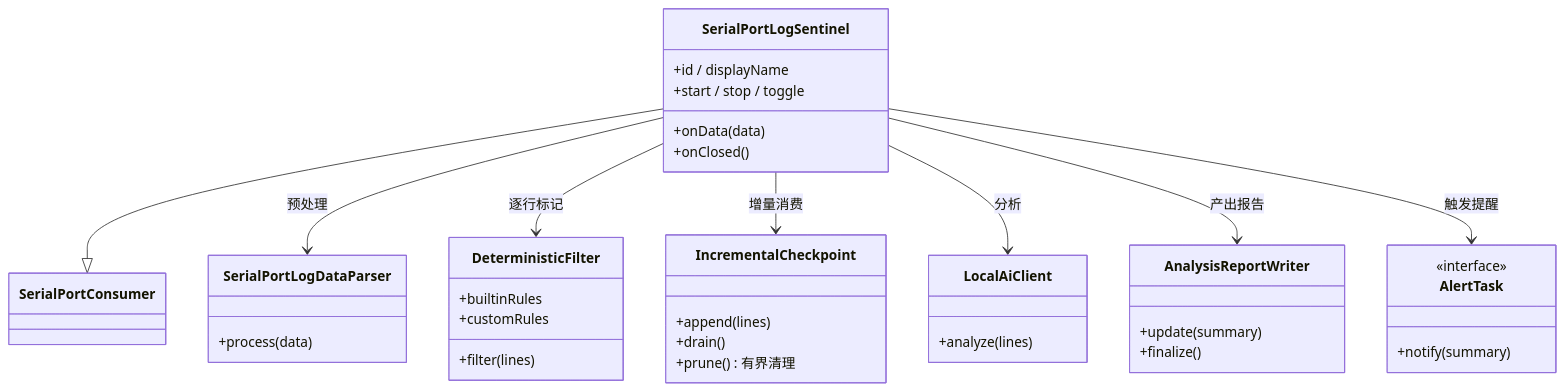
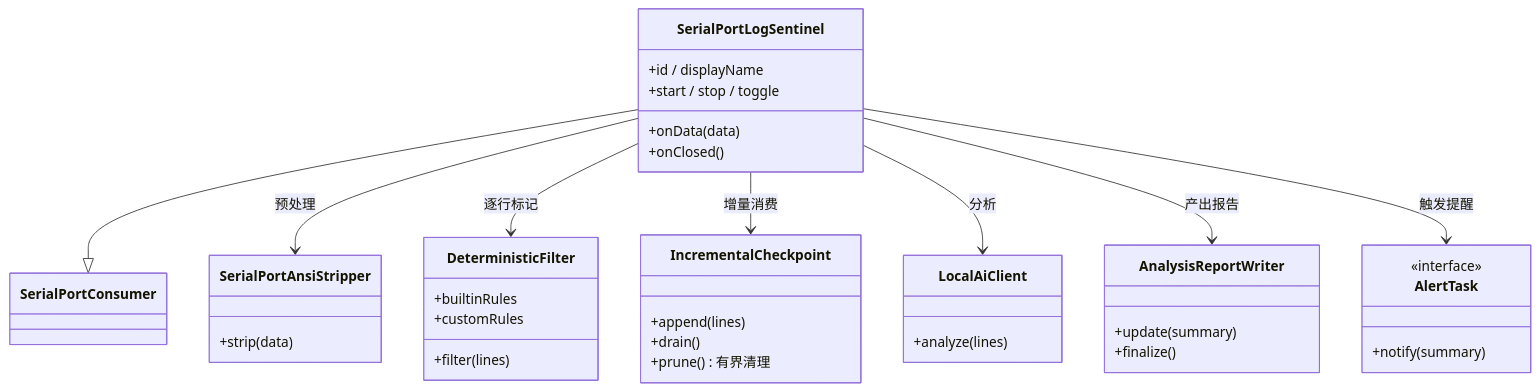
The second of 2 diagrams in doc/SerialPortLogSentinel规划.md (ziqiang-zhu/vscode-serial-port-terminal), drawn with Mermaid before and after one commit. The commit also changed other lines of this file and 15 other files, not shown here.

````diff
--- a/doc/SerialPortLogSentinel规划.md
+++ b/doc/SerialPortLogSentinel规划.md
@@ -135,40 +135,40 @@
 ```mermaid
 classDiagram
     class SerialPortLogSentinel {
         +id / displayName
         +onData(data)
         +onClosed()
         +start / stop / toggle
     }
-    class SerialPortLogDataParser {
-        +process(data)
+    class SerialPortAnsiStripper {
+        +strip(data)
     }
     class DeterministicFilter {
         +builtinRules
         +customRules
         +filter(lines)
     }
     class IncrementalCheckpoint {
         +append(lines)
         +drain()
         +prune() 有界清理
     }
     class LocalAiClient {
         +analyze(lines)
     }
     class AnalysisReportWriter {
         +update(summary)
         +finalize()
     }
     class AlertTask {
         <<interface>>
         +notify(summary)
     }
     SerialPortLogSentinel --|> SerialPortConsumer
-    SerialPortLogSentinel --> SerialPortLogDataParser : 预处理
+    SerialPortLogSentinel --> SerialPortAnsiStripper : 预处理
     SerialPortLogSentinel --> DeterministicFilter : 逐行标记
     SerialPortLogSentinel --> IncrementalCheckpoint : 增量消费
     SerialPortLogSentinel --> LocalAiClient : 分析
     SerialPortLogSentinel --> AnalysisReportWriter : 产出报告
     SerialPortLogSentinel --> AlertTask : 触发提醒
 ```
````
